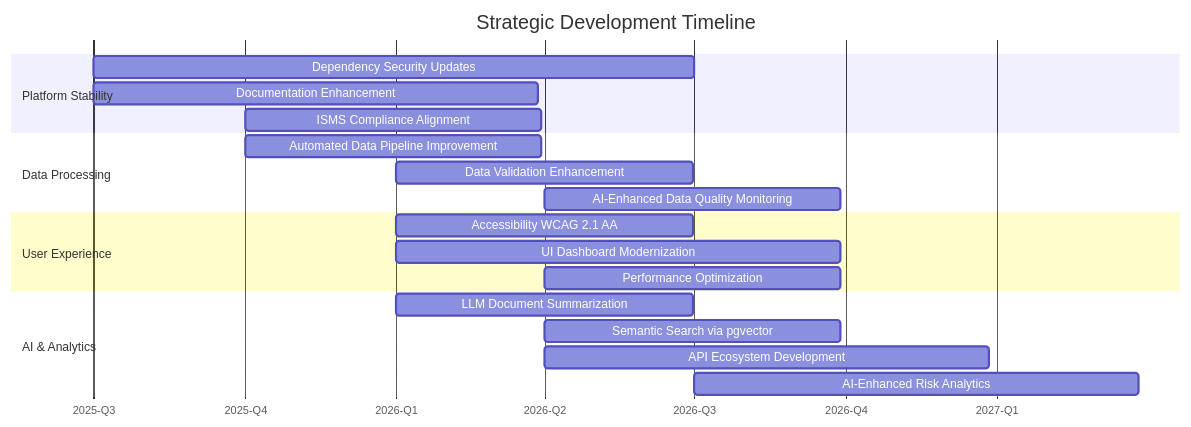
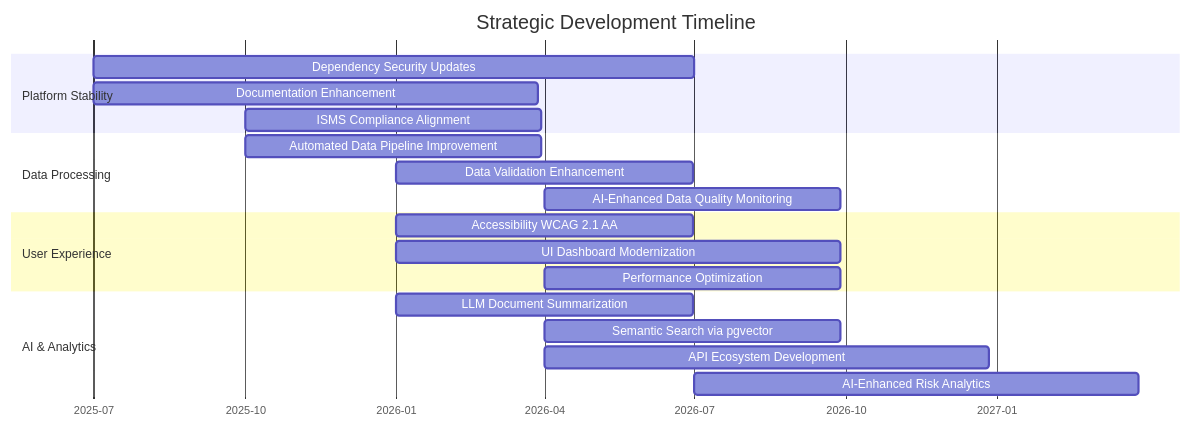
The eighth of 8 diagrams in SWOT.md (Hack23/cia), drawn with Mermaid before and after one commit.

Commit message:
fix: correct gantt axisFormat in SWOT.md to valid format string
Agent-Logs-Url: https://github.com/Hack23/cia/sessions/e574c177-17b8-42f1-83d0-327c4ec8831a

````diff
--- a/SWOT.md
+++ b/SWOT.md
@@ -425,27 +425,27 @@
 ```mermaid
 gantt
     title Strategic Development Timeline
     dateFormat YYYY-MM-DD
-    axisFormat %Y-Q%q
+    axisFormat %Y-%m
     
     section Platform Stability
     Dependency Security Updates           :a1, 2025-07-01, 365d
     Documentation Enhancement             :a2, 2025-07-01, 270d
     ISMS Compliance Alignment             :a3, 2025-10-01, 180d
     
     section Data Processing
     Automated Data Pipeline Improvement   :b1, 2025-10-01, 180d
     Data Validation Enhancement           :b2, 2026-01-01, 180d
     AI-Enhanced Data Quality Monitoring   :b3, 2026-04-01, 180d
     
     section User Experience
     Accessibility WCAG 2.1 AA            :c1, 2026-01-01, 180d
     UI Dashboard Modernization            :c2, 2026-01-01, 270d
     Performance Optimization              :c3, 2026-04-01, 180d
     
     section AI & Analytics
     LLM Document Summarization            :d1, 2026-01-01, 180d
     Semantic Search via pgvector          :d2, 2026-04-01, 180d
     API Ecosystem Development             :d3, 2026-04-01, 270d
     AI-Enhanced Risk Analytics            :d4, 2026-07-01, 270d
 ```
````
